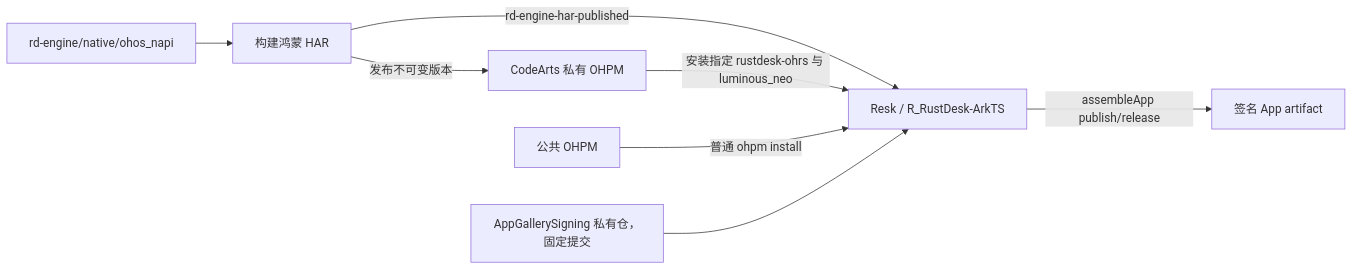
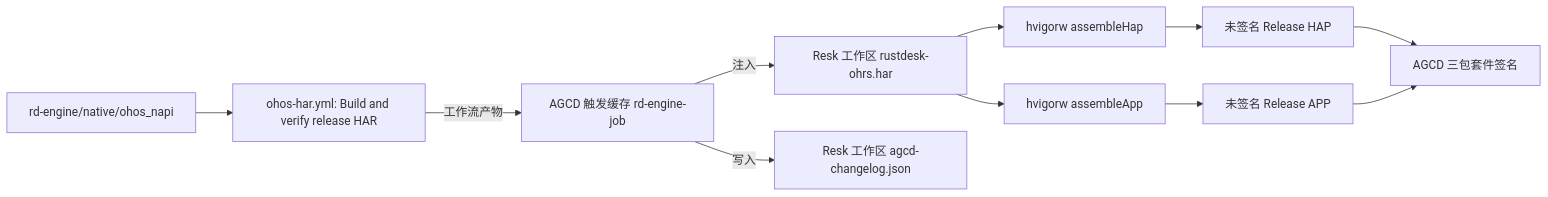
One commit to FrankHan052176/RustDesk-ArkTS changed the diagram in docs/GITHUB_ACTIONS_PIPELINE.md. Above: the diagram before and after it, drawn with Mermaid. The commit also changed other lines of this file and 7 other files, not shown here.

First line of the commit message:
chore(ci): verify the repository in CI and build releases with AGCD

````diff
--- a/docs/GITHUB_ACTIONS_PIPELINE.md
+++ b/docs/GITHUB_ACTIONS_PIPELINE.md
@@ -7,10 +9,13 @@
 ```mermaid
 flowchart LR
-  A["rd-engine/native/ohos_napi"] --> B["构建鸿蒙 HAR"]
-  B -->|发布不可变版本| C["CodeArts 私有 OHPM"]
-  B -->|rd-engine-har-published| D["Resk / R_RustDesk-ArkTS"]
-  C -->|安装指定 rustdesk-ohrs 与 luminous_neo| D
-  E["公共 OHPM"] -->|普通 ohpm install| D
-  F["AppGallerySigning 私有仓，固定提交"] --> D
-  D -->|assembleApp publish/release| G["签名 App artifact"]
+  A["rd-engine/native/ohos_napi"] --> B["ohos-har.yml: Build and verify release HAR"]
+  B -->|工作流产物| C["AGCD 触发缓存 rd-engine-job"]
+  C -->|注入| D["Resk 工作区 rustdesk-ohrs.har"]
+  C -->|写入| E["Resk 工作区 agcd-changelog.json"]
+  D --> F["hvigorw assembleHap"]
+  D --> G["hvigorw assembleApp"]
+  F --> H["未签名 Release HAP"]
+  G --> I["未签名 Release APP"]
+  H --> J["AGCD 三包套件签名"]
+  I --> J
 ```
````
